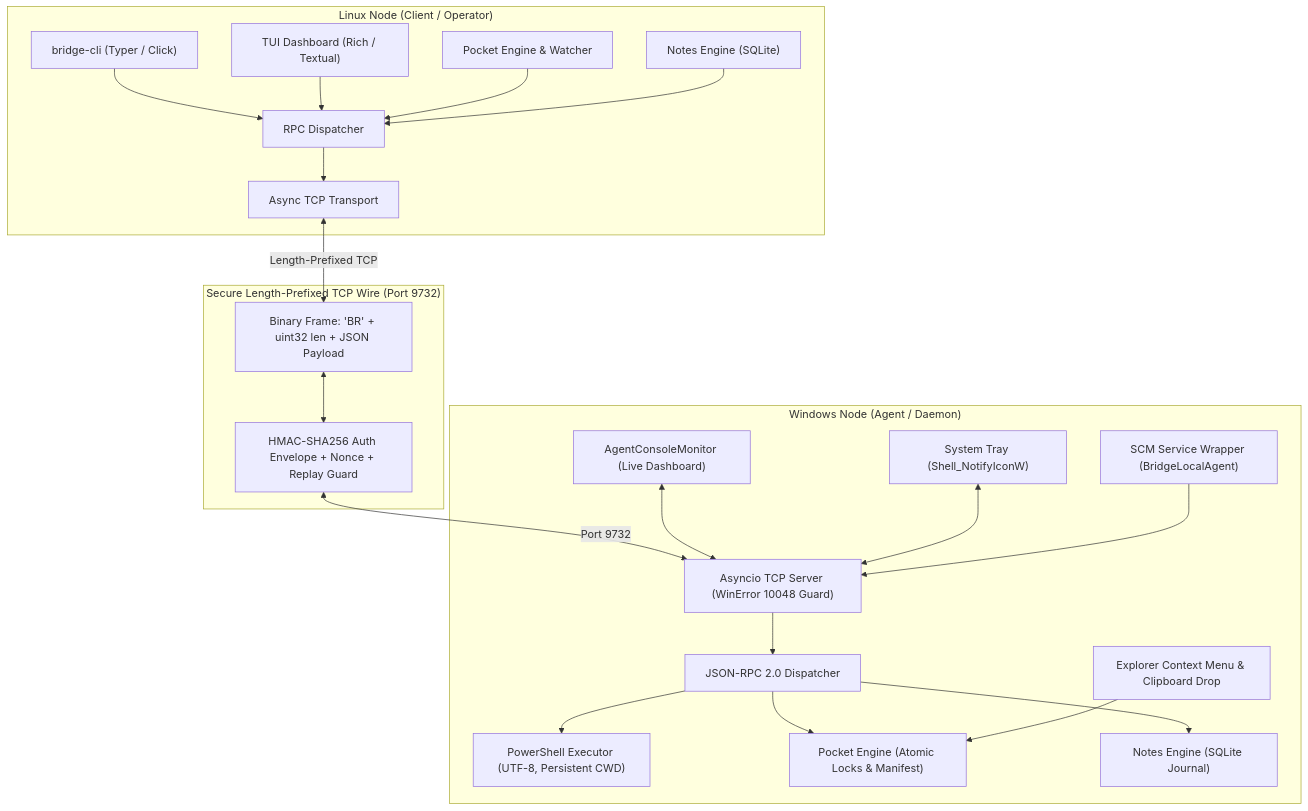
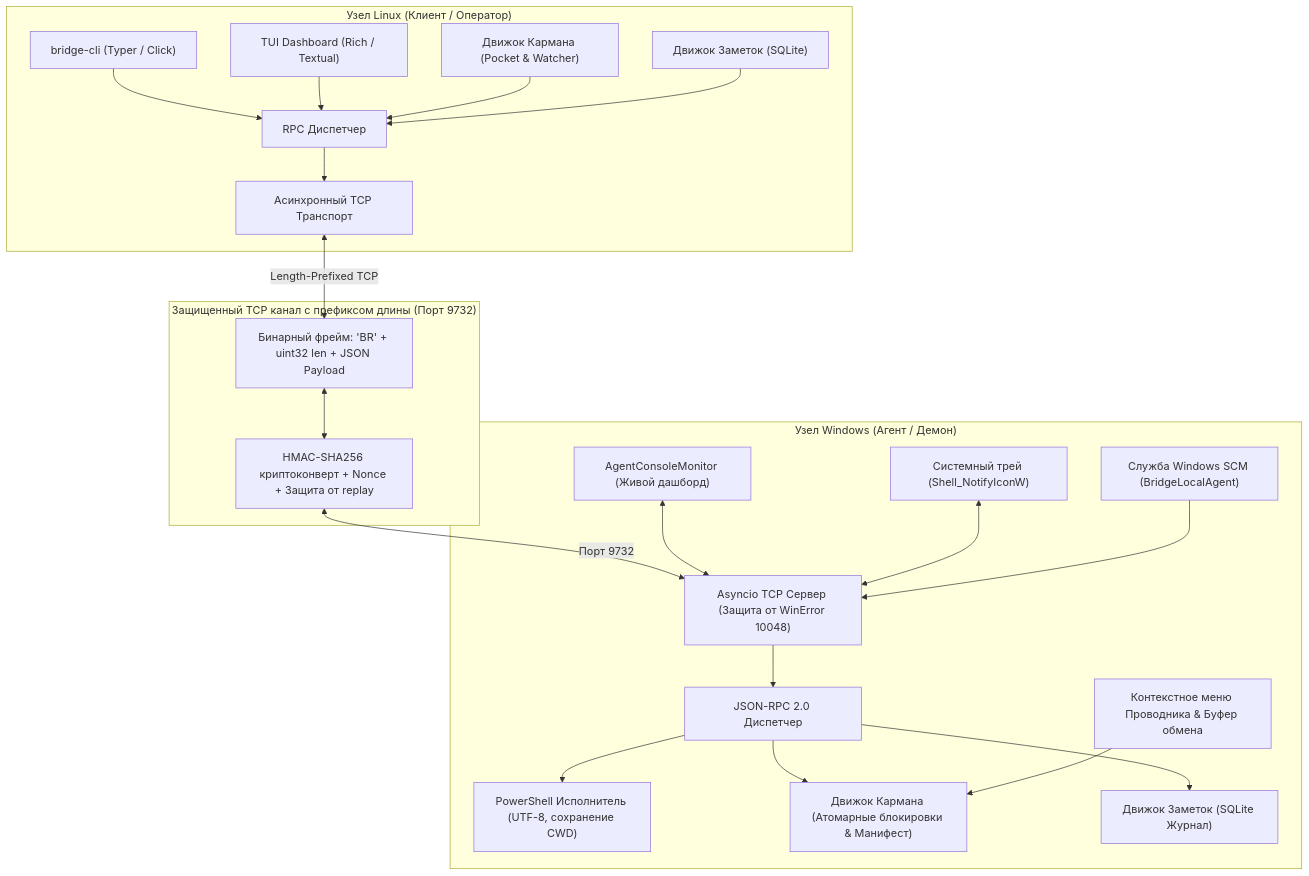
Before and after one commit to Anhelm01/Bridge_Local: the diagram in docs/01_DEV.md, drawn with Mermaid. The commit also changed other lines of this file and 3 other files, not shown here.

````diff
--- a/docs/01_DEV.md
+++ b/docs/01_DEV.md
@@ -7,45 +7,45 @@
 ```mermaid
 flowchart TB
-    subgraph Linux ["Linux Node (Client / Operator)"]
+    subgraph Linux ["Узел Linux (Клиент / Оператор)"]
         CLI["bridge-cli (Typer / Click)"]
         TUI["TUI Dashboard (Rich / Textual)"]
-        L_DISP["RPC Dispatcher"]
-        L_TRANS["Async TCP Transport"]
-        L_POCK["Pocket Engine & Watcher"]
-        L_NOTE["Notes Engine (SQLite)"]
+        L_DISP["RPC Диспетчер"]
+        L_TRANS["Асинхронный TCP Транспорт"]
+        L_POCK["Движок Кармана (Pocket & Watcher)"]
+        L_NOTE["Движок Заметок (SQLite)"]
     end
 
-    subgraph Wire ["Secure Length-Prefixed TCP Wire (Port 9732)"]
-        FRAME["Binary Frame: 'BR' + uint32 len + JSON Payload"]
-        AUTH["HMAC-SHA256 Auth Envelope + Nonce + Replay Guard"]
+    subgraph Wire ["Защищенный TCP канал с префиксом длины (Порт 9732)"]
+        FRAME["Бинарный фрейм: 'BR' + uint32 len + JSON Payload"]
+        AUTH["HMAC-SHA256 криптоконверт + Nonce + Защита от replay"]
     end
 
-    subgraph Windows ["Windows Node (Agent / Daemon)"]
-        W_SERV["Asyncio TCP Server (WinError 10048 Guard)"]
-        W_DISP["JSON-RPC 2.0 Dispatcher"]
-        W_EXEC["PowerShell Executor (UTF-8, Persistent CWD)"]
-        W_MON["AgentConsoleMonitor (Live Dashboard)"]
-        W_TRAY["System Tray (Shell_NotifyIconW)"]
-        W_CTX["Explorer Context Menu & Clipboard Drop"]
-        W_SCM["SCM Service Wrapper (BridgeLocalAgent)"]
-        W_POCK["Pocket Engine (Atomic Locks & Manifest)"]
-        W_NOTE["Notes Engine (SQLite Journal)"]
+    subgraph Windows ["Узел Windows (Агент / Демон)"]
+        W_SERV["Asyncio TCP Сервер (Защита от WinError 10048)"]
+        W_DISP["JSON-RPC 2.0 Диспетчер"]
+        W_EXEC["PowerShell Исполнитель (UTF-8, сохранение CWD)"]
+        W_MON["AgentConsoleMonitor (Живой дашборд)"]
+        W_TRAY["Системный трей (Shell_NotifyIconW)"]
+        W_CTX["Контекстное меню Проводника & Буфер обмена"]
+        W_SCM["Служба Windows SCM (BridgeLocalAgent)"]
+        W_POCK["Движок Кармана (Атомарные блокировки & Манифест)"]
+        W_NOTE["Движок Заметок (SQLite Журнал)"]
     end
 
     CLI --> L_DISP
     TUI --> L_DISP
     L_POCK --> L_DISP
     L_NOTE --> L_DISP
     L_DISP --> L_TRANS
     L_TRANS <-->|Length-Prefixed TCP| FRAME
     FRAME <--> AUTH
-    AUTH <-->|Port 9732| W_SERV
+    AUTH <-->|Порт 9732| W_SERV
     W_SERV --> W_DISP
     W_DISP --> W_EXEC
     W_DISP --> W_POCK
     W_DISP --> W_NOTE
     W_MON <--> W_SERV
     W_TRAY <--> W_SERV
     W_CTX --> W_POCK
     W_SCM --> W_SERV
 ```
````
